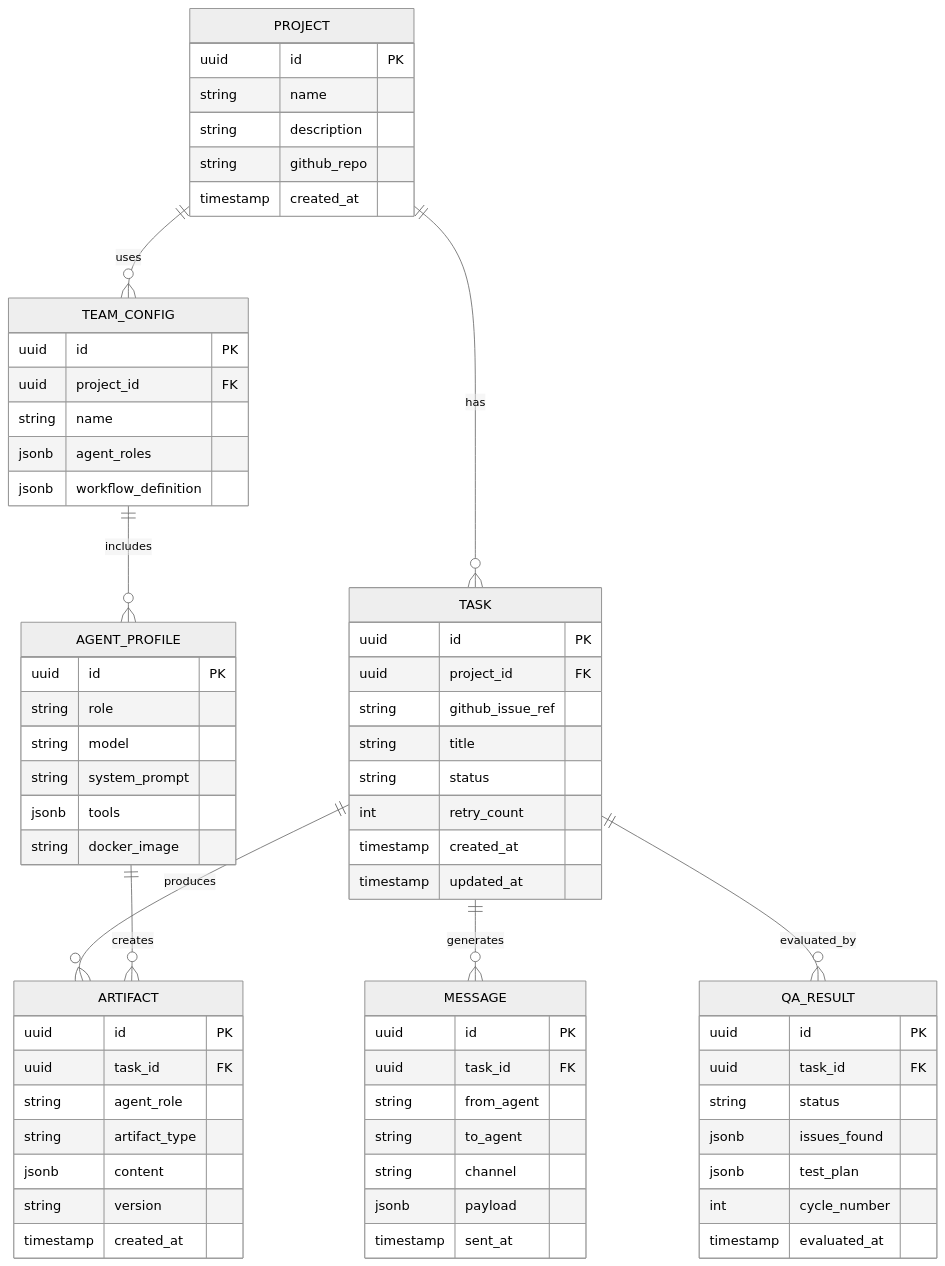
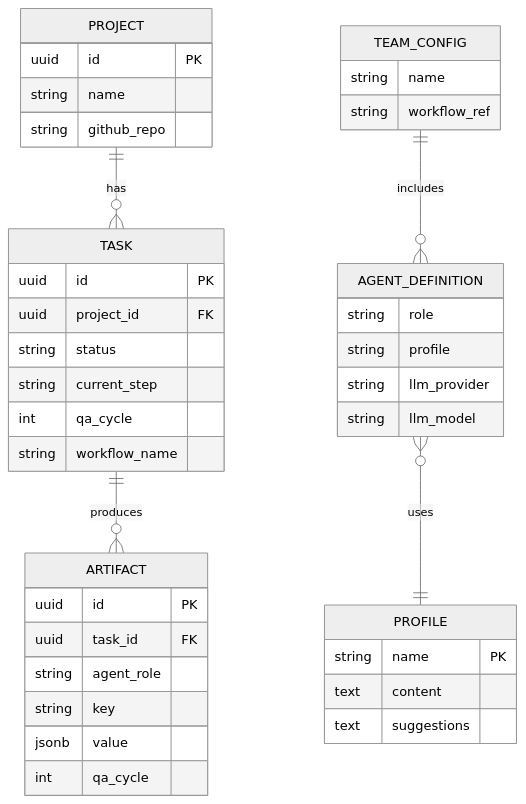
One commit to alltiq-bo/agentic-factory changed the fourth of 4 diagrams in README.md. Above: the diagram before and after it, drawn with Mermaid (neutral theme). The commit also changed other lines of this file and 33 other files, not shown here.

````diff
--- a/README.md
+++ b/README.md
@@ -199,76 +199,49 @@
 ```mermaid
 erDiagram
     PROJECT {
-        uuid id PK
+        uuid   id PK
         string name
-        string description
         string github_repo
-        timestamp created_at
     }
 
     TASK {
-        uuid id PK
-        uuid project_id FK
-        string github_issue_ref
-        string title
+        uuid   id PK
+        uuid   project_id FK
         string status
-        int retry_count
-        timestamp created_at
-        timestamp updated_at
+        string current_step
+        int    qa_cycle
+        string workflow_name
     }
 
     ARTIFACT {
-        uuid id PK
-        uuid task_id FK
+        uuid   id PK
+        uuid   task_id FK
         string agent_role
-        string artifact_type
-        jsonb content
-        string version
-        timestamp created_at
+        string key
+        jsonb  value
+        int    qa_cycle
     }
 
-    AGENT_PROFILE {
-        uuid id PK
+    AGENT_DEFINITION {
         string role
-        string model
-        string system_prompt
-        jsonb tools
-        string docker_image
+        string profile
+        string llm_provider
+        string llm_model
     }
 
     TEAM_CONFIG {
-        uuid id PK
-        uuid project_id FK
         string name
-        jsonb agent_roles
-        jsonb workflow_definition
+        string workflow_ref
     }
 
-    MESSAGE {
-        uuid id PK
-        uuid task_id FK
-        string from_agent
-        string to_agent
-        string channel
-        jsonb payload
-        timestamp sent_at
+    PROFILE {
+        string name PK
+        text   content
+        text   suggestions
     }
 
-    QA_RESULT {
-        uuid id PK
-        uuid task_id FK
-        string status
-        jsonb issues_found
-        jsonb test_plan
-        int cycle_number
-        timestamp evaluated_at
-    }
-
-    PROJECT ||--o{ TASK : "has"
-    PROJECT ||--o{ TEAM_CONFIG : "uses"
-    TASK ||--o{ ARTIFACT : "produces"
-    TASK ||--o{ MESSAGE : "generates"
-    TASK ||--o{ QA_RESULT : "evaluated_by"
-    AGENT_PROFILE ||--o{ ARTIFACT : "creates"
-    TEAM_CONFIG ||--o{ AGENT_PROFILE : "includes"
+    PROJECT     ||--o{ TASK            : "has"
+    TASK        ||--o{ ARTIFACT        : "produces"
+    TEAM_CONFIG ||--o{ AGENT_DEFINITION : "includes"
+    AGENT_DEFINITION }o--|| PROFILE    : "uses"
 ```
````
